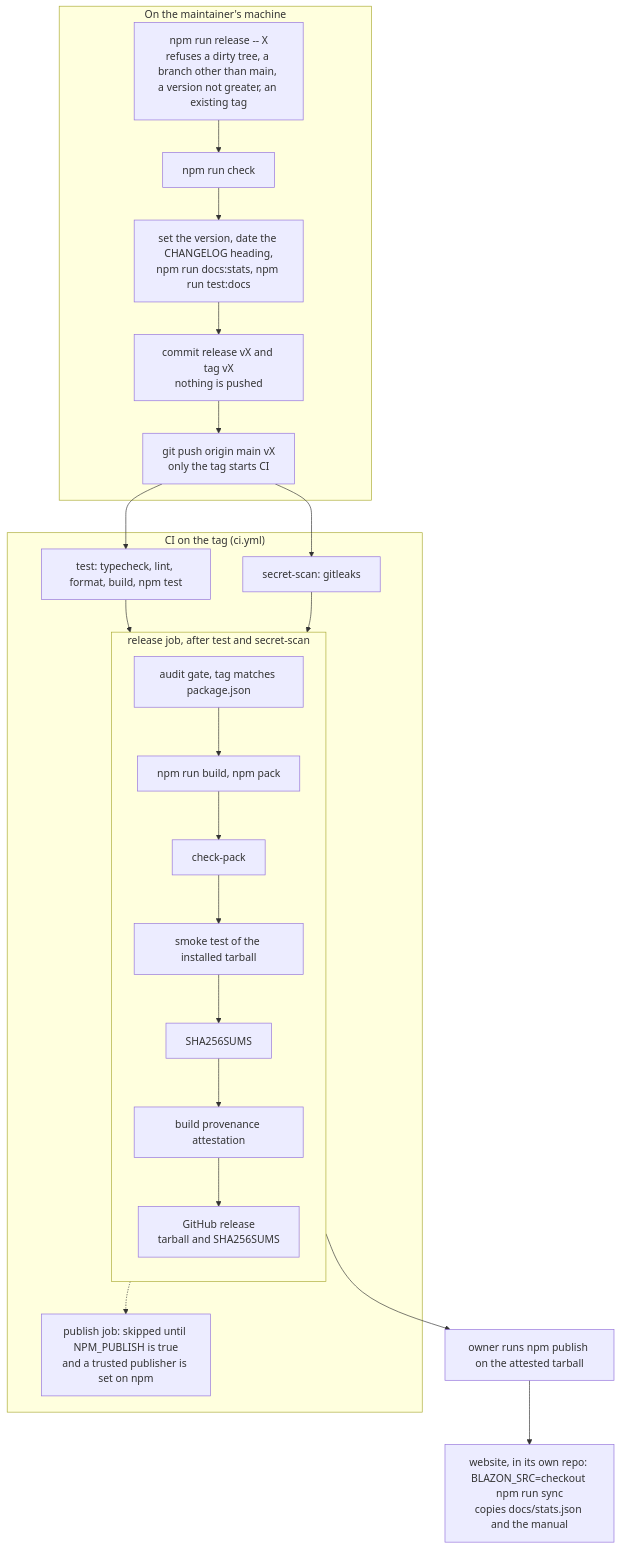
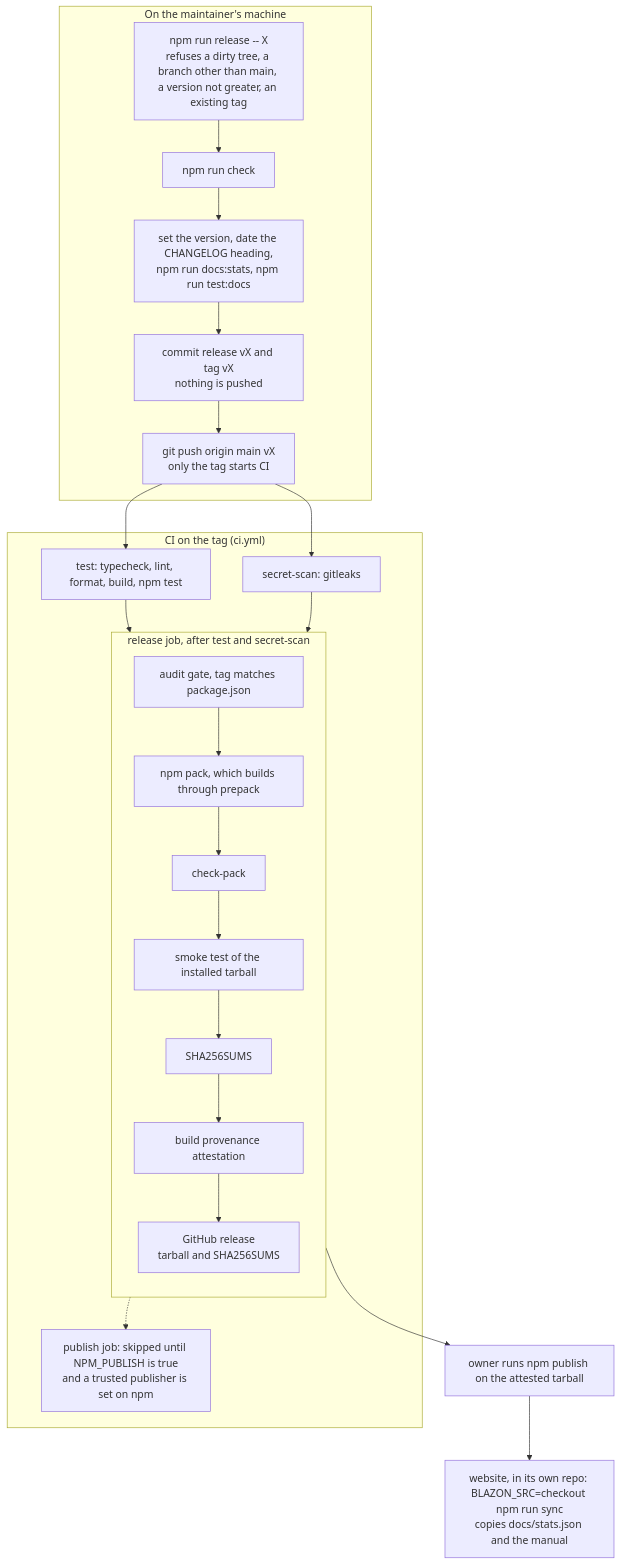
The diagram in CONTRIBUTING.md (iksnerd/blazon), drawn with Mermaid before and after one commit. The commit also changed other lines of this file and 1 other file, not shown here.

Commit message:
CI release job: build once, through npm pack
The release job ran `npm run build` and then `npm pack`, whose `prepack`
runs `npm run build` again (and the starter). The first build was
overwritten in full by the second: the library build empties dist/, the
plugin programs and mcp/dist/index.js are rewritten, template/ is removed
and made again. The tarball was always made of the prepack build, which
still runs from this clone. CONTRIBUTING says so in the release text and
the diagram.

Saving: one full build per release. Measured here (load 5.6, 12 cores):
`npm run build` 5.25 s wall, 7.9 s CPU (user+sys). Not measured on the
CI runner.

Output: identical. A clean export of fc33afe packed alone and one built
first and then packed list the same 551 files (`npm pack --dry-run
--json`), and every file has the same sha256 and mode; two packs alone
match each other too, so the bundles are still reproducible.

````diff
--- a/CONTRIBUTING.md
+++ b/CONTRIBUTING.md
@@ -160,27 +160,27 @@
 ```mermaid
 flowchart TB
   subgraph local["On the maintainer's machine"]
     R["npm run release -- X<br/>refuses a dirty tree, a branch other than main, a version not greater, an existing tag"] --> K["npm run check"]
     K --> V["set the version, date the CHANGELOG heading,<br/>npm run docs:stats, npm run test:docs"]
     V --> C["commit release vX and tag vX<br/>nothing is pushed"]
     C --> P["git push origin main vX<br/>only the tag starts CI"]
   end
   subgraph ci["CI on the tag (ci.yml)"]
     T["test: typecheck, lint, format, build, npm test"]
     S["secret-scan: gitleaks"]
     subgraph rel["release job, after test and secret-scan"]
       direction TB
-      A["audit gate, tag matches package.json"] --> B["npm run build, npm pack"]
+      A["audit gate, tag matches package.json"] --> B["npm pack, which builds through prepack"]
       B --> CP["check-pack"] --> SM["smoke test of the installed tarball"]
       SM --> SUM["SHA256SUMS"] --> AT["build provenance attestation"] --> GR["GitHub release<br/>tarball and SHA256SUMS"]
     end
     PUB["publish job: skipped until NPM_PUBLISH is true<br/>and a trusted publisher is set on npm"]
     T --> A
     S --> A
     GR -.-> PUB
   end
   P --> T
   P --> S
   GR --> M["owner runs npm publish on the attested tarball"]
   M --> W["website, in its own repo: BLAZON_SRC=checkout npm run sync<br/>copies docs/stats.json and the manual"]
 ```
````
